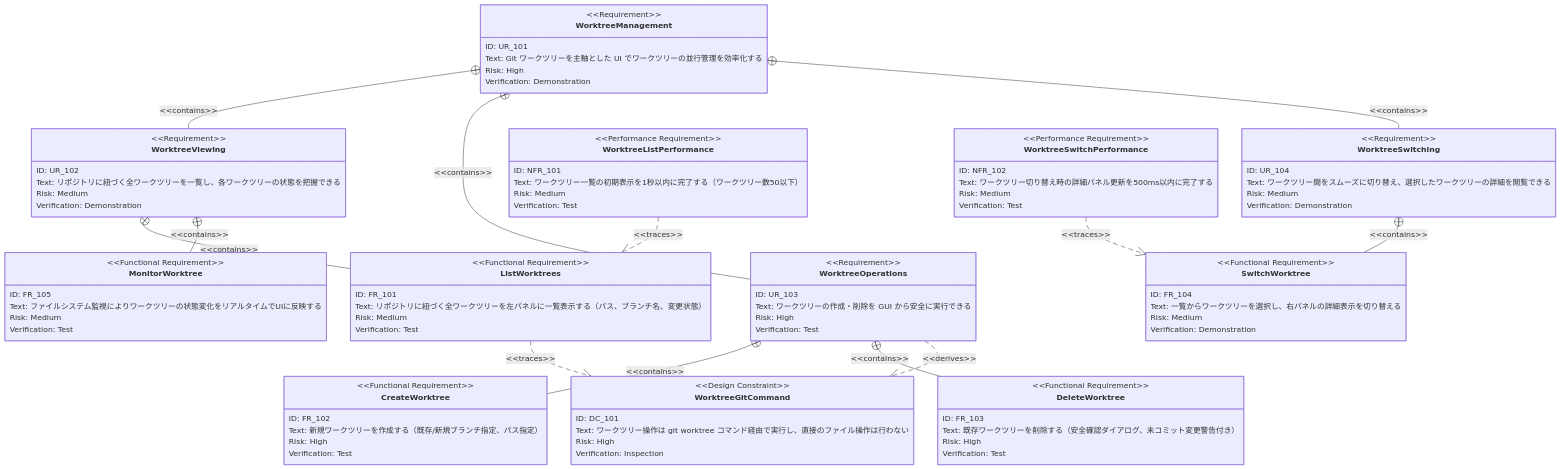
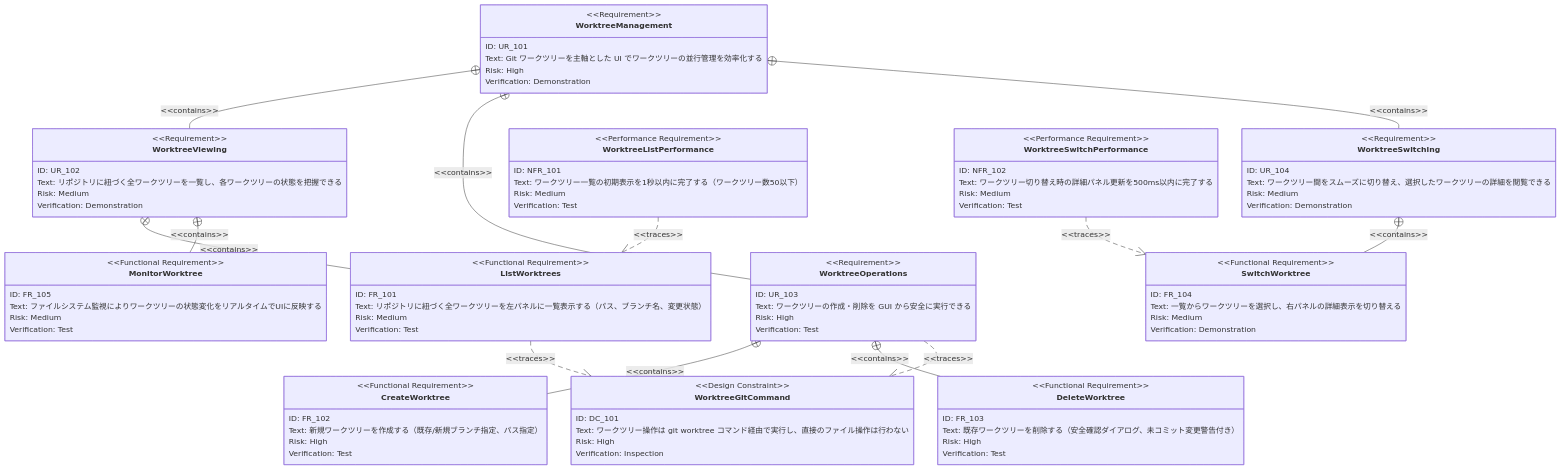
The fourth of 4 diagrams in .sdd/requirement/worktree-management.md (ToshikiImagawa/Buruma), drawn with Mermaid before and after one commit. The commit also changed other lines of this file and 24 other files, not shown here.

```diff
--- a/.sdd/requirement/worktree-management.md
+++ b/.sdd/requirement/worktree-management.md
@@ -250,7 +250,7 @@
     WorktreeOperations - contains -> CreateWorktree
     WorktreeOperations - contains -> DeleteWorktree
     WorktreeSwitching - contains -> SwitchWorktree
-    WorktreeOperations - derives -> WorktreeGitCommand
+    WorktreeOperations - traces -> WorktreeGitCommand
     ListWorktrees - traces -> WorktreeGitCommand
     WorktreeListPerformance - traces -> ListWorktrees
     WorktreeSwitchPerformance - traces -> SwitchWorktree
```
